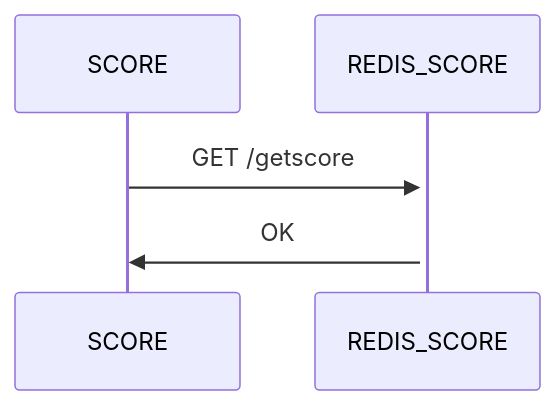
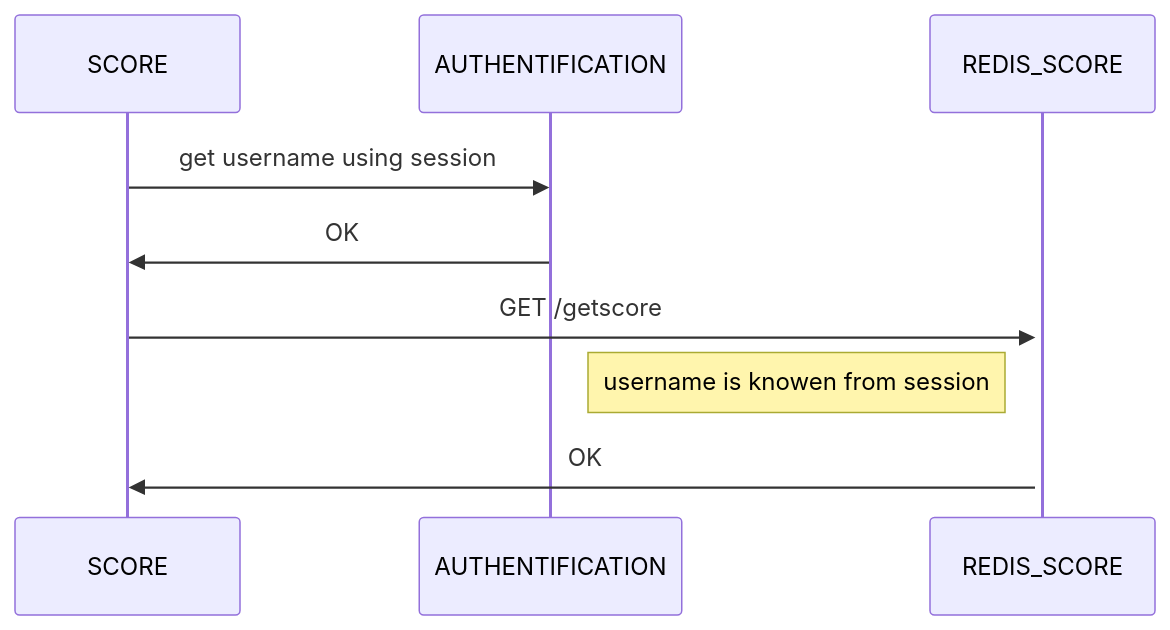
The third of 3 diagrams in README.md (essadany/motus), drawn with Mermaid before and after one commit. The commit also changed other lines of this file, not shown here.

````diff
--- a/README.md
+++ b/README.md
@@ -28,5 +28,8 @@
 ```mermaid
 sequenceDiagram
+    SCORE->>AUTHENTIFICATION : get username using session
+    AUTHENTIFICATION->>SCORE : OK
     SCORE->>+REDIS_SCORE : GET /getscore
+    note left of REDIS_SCORE : username is knowen from session
     REDIS_SCORE->>SCORE : OK
 ```
````
